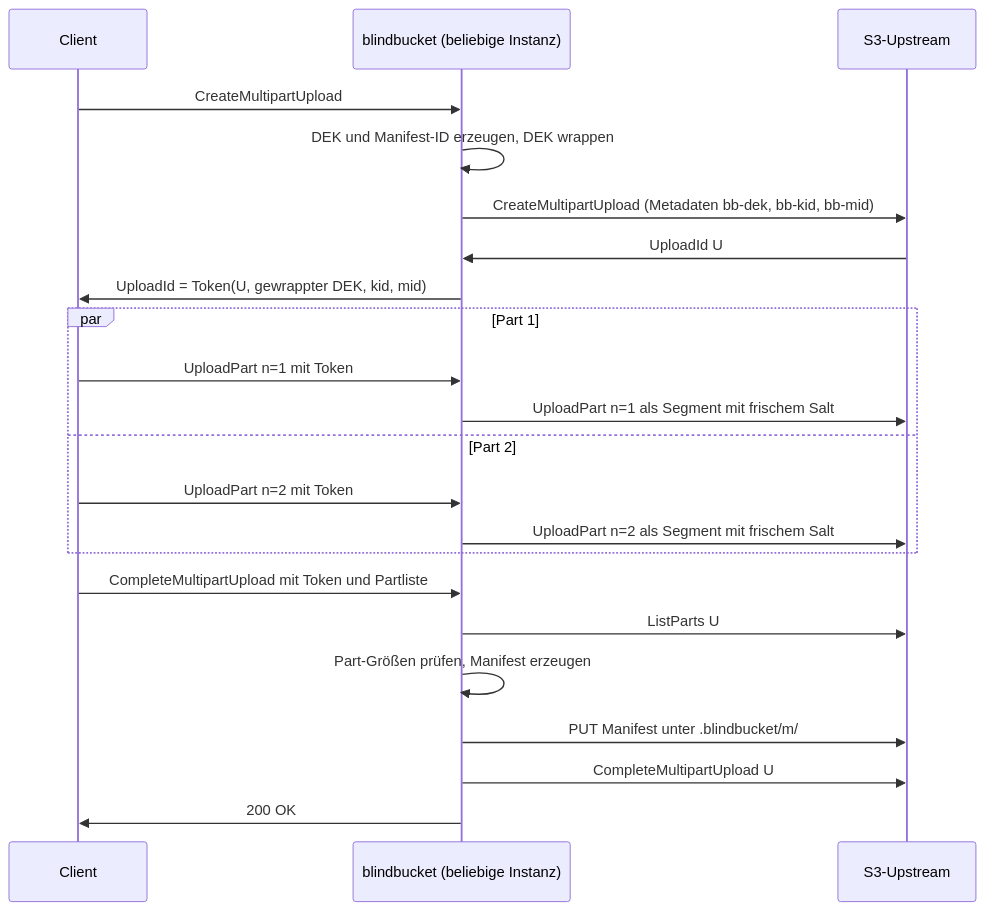
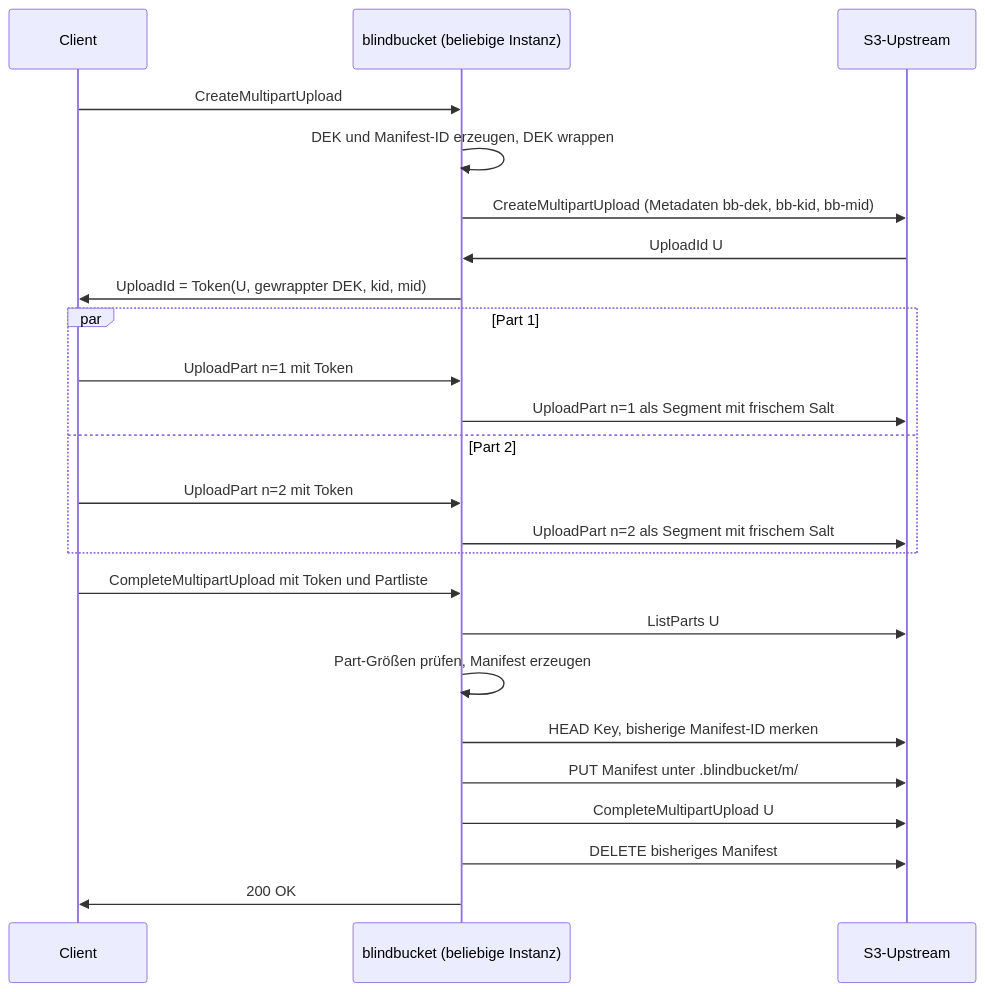
One commit to Aaqibhafeezkhan/blindbucket changed the fourth of 4 diagrams in CONCEPT.md. Above: the diagram before and after it, drawn with Mermaid. The commit also changed other lines of this file, not shown here.

First line of the commit message:
docs: concept 0.2 -- manifest lifecycle races, formal model, language policy

````diff
--- a/CONCEPT.md
+++ b/CONCEPT.md
@@ -512,24 +513,26 @@
 ```mermaid
 sequenceDiagram
     participant C as Client
     participant P as blindbucket (beliebige Instanz)
     participant S as S3-Upstream
     C->>P: CreateMultipartUpload
     P->>P: DEK und Manifest-ID erzeugen, DEK wrappen
     P->>S: CreateMultipartUpload (Metadaten bb-dek, bb-kid, bb-mid)
     S->>P: UploadId U
     P->>C: UploadId = Token(U, gewrappter DEK, kid, mid)
     par Part 1
         C->>P: UploadPart n=1 mit Token
         P->>S: UploadPart n=1 als Segment mit frischem Salt
     and Part 2
         C->>P: UploadPart n=2 mit Token
         P->>S: UploadPart n=2 als Segment mit frischem Salt
     end
     C->>P: CompleteMultipartUpload mit Token und Partliste
     P->>S: ListParts U
     P->>P: Part-Größen prüfen, Manifest erzeugen
+    P->>S: HEAD Key, bisherige Manifest-ID merken
     P->>S: PUT Manifest unter .blindbucket/m/
     P->>S: CompleteMultipartUpload U
+    P->>S: DELETE bisheriges Manifest
     P->>C: 200 OK
 ```
````
